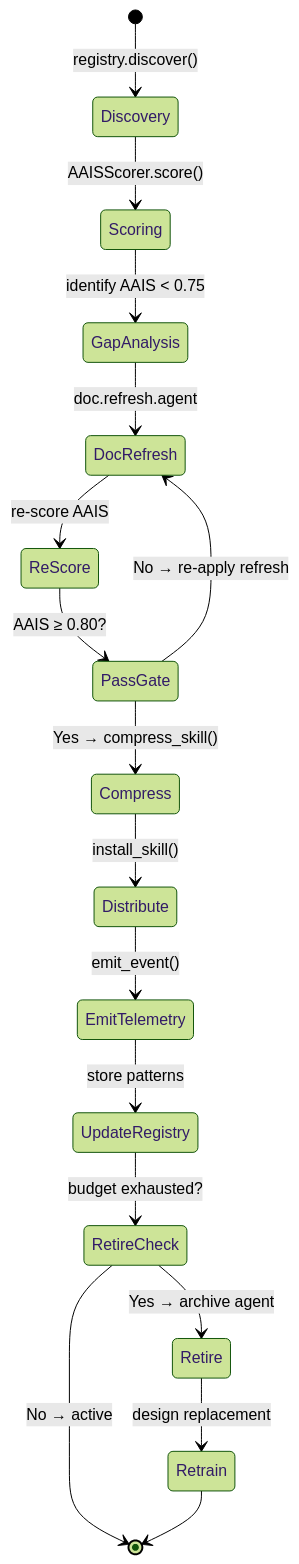
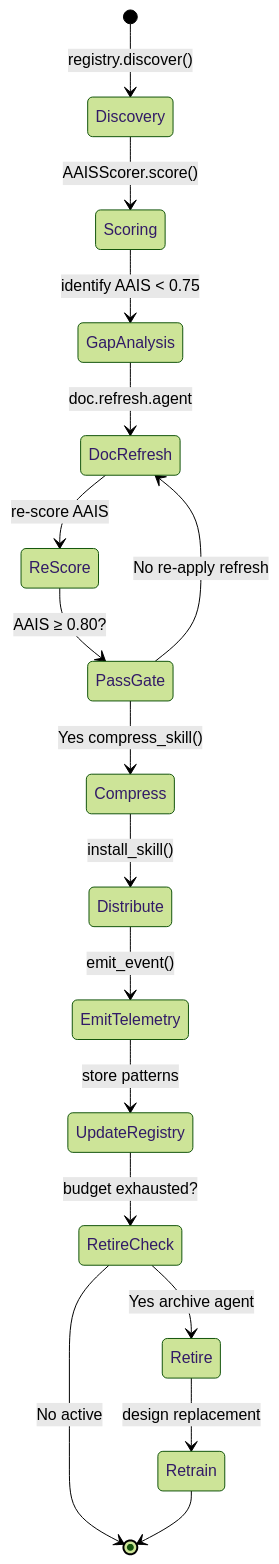
One commit to Aries-Serpent/_codex_ changed the fifth of 5 diagrams in docs/discussions/SKILLS_TELEMETRY_DASHBOARD.md. Above: the diagram before and after it, drawn with Mermaid (forest theme). The commit also changed other lines of this file and 4117 other files, not shown here.

````diff
--- a/docs/discussions/SKILLS_TELEMETRY_DASHBOARD.md
+++ b/docs/discussions/SKILLS_TELEMETRY_DASHBOARD.md
@@ -192,20 +214,37 @@
 ```mermaid
 %%{init: {'accessibility': {'title': 'State Diagram showing *, *'}}%%
+
 stateDiagram-v2
-    [*] --> Discovery: registry.discover()
-    Discovery --> Scoring: AAISScorer.score()
-    Scoring --> GapAnalysis: identify AAIS < 0.75
-    GapAnalysis --> DocRefresh: doc.refresh.agent
-    DocRefresh --> ReScore: re-score AAIS
-    ReScore --> PassGate: AAIS ≥ 0.80?
-    PassGate --> Compress: Yes → compress_skill()
-    PassGate --> DocRefresh: No → re-apply refresh
-    Compress --> Distribute: install_skill()
-    Distribute --> EmitTelemetry: emit_event()
-    EmitTelemetry --> UpdateRegistry: store patterns
-    UpdateRegistry --> RetireCheck: budget exhausted?
-    RetireCheck --> Retire: Yes → archive agent
-    RetireCheck --> [*]: No → active
-    Retire --> Retrain: design replacement
-    Retrain --> [*]
+
+ [*] --> Discovery: registry.discover()
+
+ Discovery --> Scoring: AAISScorer.score()
+
+ Scoring --> GapAnalysis: identify AAIS < 0.75
+
+ GapAnalysis --> DocRefresh: doc.refresh.agent
+
+ DocRefresh --> ReScore: re-score AAIS
+
+ ReScore --> PassGate: AAIS ≥ 0.80?
+
+ PassGate --> Compress: Yes compress_skill()
+
+ PassGate --> DocRefresh: No re-apply refresh
+
+ Compress --> Distribute: install_skill()
+
+ Distribute --> EmitTelemetry: emit_event()
+
+ EmitTelemetry --> UpdateRegistry: store patterns
+
+ UpdateRegistry --> RetireCheck: budget exhausted?
+
+ RetireCheck --> Retire: Yes archive agent
+
+ RetireCheck --> [*]: No active
+
+ Retire --> Retrain: design replacement
+
+ Retrain --> [*]
 ```
````
